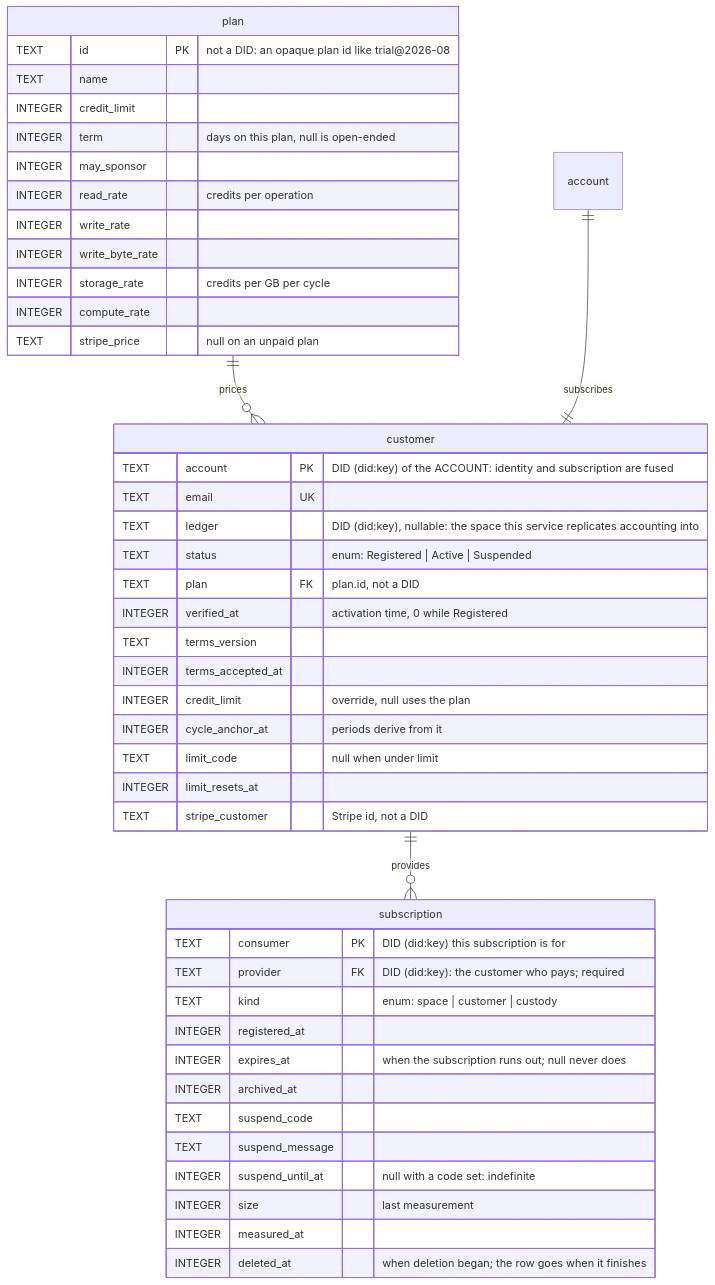
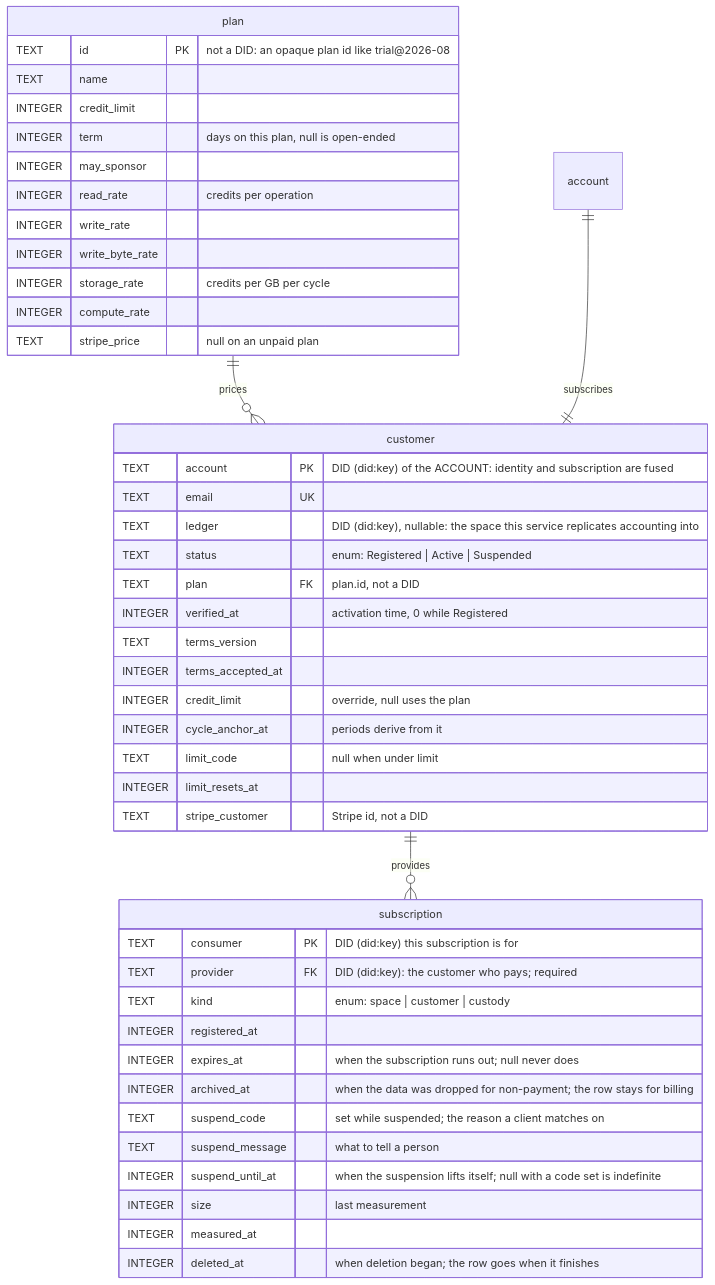
The first of 3 diagrams in docs/access-control-schema.md (tonk-labs/tonk), drawn with Mermaid before and after one commit. The commit also changed other lines of this file and 8 other files, not shown here.

````diff
--- a/docs/access-control-schema.md
+++ b/docs/access-control-schema.md
@@ -13,51 +13,51 @@
 ```mermaid
 erDiagram
     plan ||--o{ customer : prices
     account ||--|| customer : subscribes
     customer ||--o{ subscription : provides
 
     plan {
         TEXT id PK "not a DID: an opaque plan id like trial@2026-08"
         TEXT name
         INTEGER credit_limit
         INTEGER term "days on this plan, null is open-ended"
         INTEGER may_sponsor
         INTEGER read_rate "credits per operation"
         INTEGER write_rate
         INTEGER write_byte_rate
         INTEGER storage_rate "credits per GB per cycle"
         INTEGER compute_rate
         TEXT stripe_price "null on an unpaid plan"
     }
 
     customer {
         TEXT account PK "DID (did:key) of the ACCOUNT: identity and subscription are fused"
         TEXT email UK
         TEXT ledger "DID (did:key), nullable: the space this service replicates accounting into"
         TEXT status "enum: Registered | Active | Suspended"
         TEXT plan FK "plan.id, not a DID"
         INTEGER verified_at "activation time, 0 while Registered"
         TEXT terms_version
         INTEGER terms_accepted_at
         INTEGER credit_limit "override, null uses the plan"
         INTEGER cycle_anchor_at "periods derive from it"
         TEXT limit_code "null when under limit"
         INTEGER limit_resets_at
         TEXT stripe_customer "Stripe id, not a DID"
     }
 
     subscription {
         TEXT consumer PK "DID (did:key) this subscription is for"
         TEXT provider FK "DID (did:key): the customer who pays; required"
         TEXT kind "enum: space | customer | custody"
         INTEGER registered_at
         INTEGER expires_at "when the subscription runs out; null never does"
-        INTEGER archived_at
-        TEXT suspend_code
-        TEXT suspend_message
-        INTEGER suspend_until_at "null with a code set: indefinite"
+        INTEGER archived_at "when the data was dropped for non-payment; the row stays for billing"
+        TEXT suspend_code "set while suspended; the reason a client matches on"
+        TEXT suspend_message "what to tell a person"
+        INTEGER suspend_until_at "when the suspension lifts itself; null with a code set is indefinite"
         INTEGER size "last measurement"
         INTEGER measured_at
         INTEGER deleted_at "when deletion began; the row goes when it finishes"
     }
 ```
````
